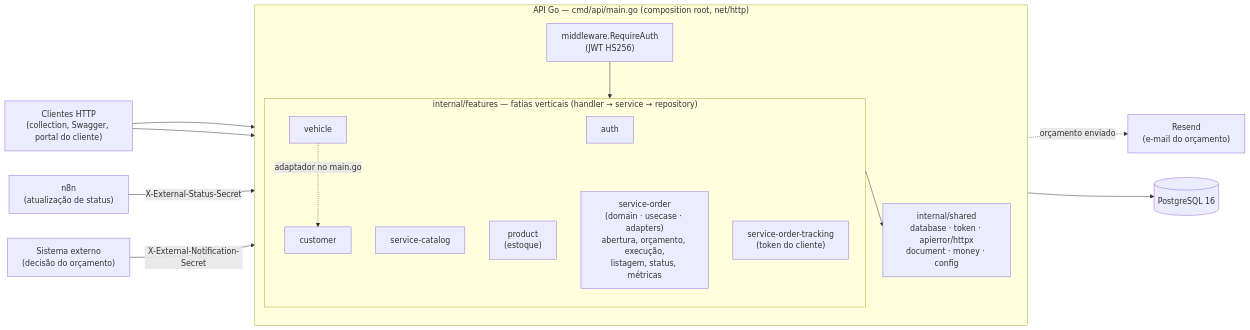
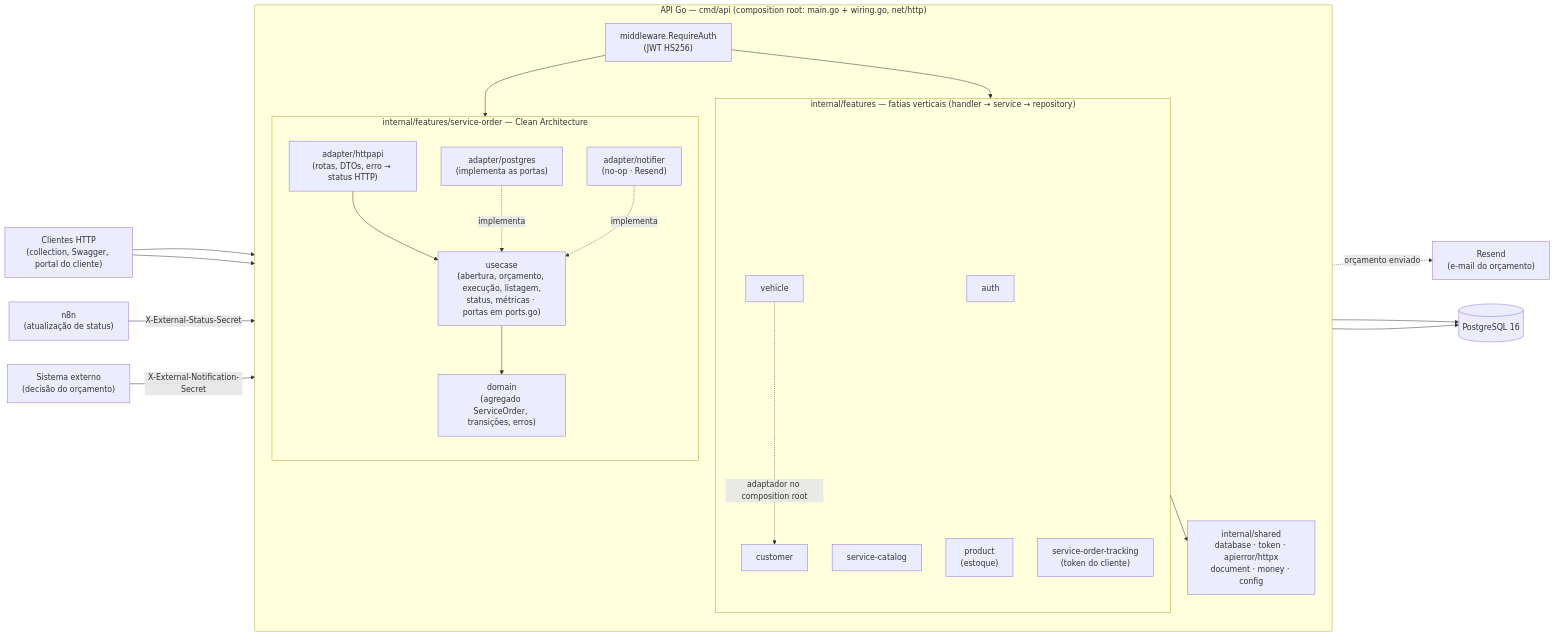
One commit to Os-Fiapudos/automotive-workshop-api changed the first of 3 diagrams in README.md. Above: the diagram before and after it, drawn with Mermaid. The commit also changed other lines of this file and 8 other files, not shown here.

````diff
--- a/README.md
+++ b/README.md
@@ -122,32 +123,45 @@
 ```mermaid
 flowchart LR
     client["Clientes HTTP<br/>(collection, Swagger, portal do cliente)"]
     n8n["n8n<br/>(atualização de status)"]
     ext["Sistema externo<br/>(decisão do orçamento)"]
     resend["Resend<br/>(e-mail do orçamento)"]
 
-    subgraph api["API Go — cmd/api/main.go (composition root, net/http)"]
+    subgraph api["API Go — cmd/api (composition root: main.go + wiring.go, net/http)"]
         direction TB
         mw["middleware.RequireAuth<br/>(JWT HS256)"]
-        subgraph features["internal/features — fatias verticais (handler → service → repository)"]
+        subgraph slices["internal/features — fatias verticais (handler → service → repository)"]
             auth["auth"]
             customer["customer"]
             vehicle["vehicle"]
             catalog["service-catalog"]
             product["product<br/>(estoque)"]
-            order["service-order<br/>(domain · usecase · adapters)<br/>abertura, orçamento, execução,<br/>listagem, status, métricas"]
             tracking["service-order-tracking<br/>(token do cliente)"]
+        end
+        subgraph order["internal/features/service-order — Clean Architecture"]
+            direction TB
+            httpapi["adapter/httpapi<br/>(rotas, DTOs, erro → status HTTP)"]
+            usecase["usecase<br/>(abertura, orçamento, execução, listagem,<br/>status, métricas · portas em ports.go)"]
+            domain["domain<br/>(agregado ServiceOrder, transições, erros)"]
+            pgadapter["adapter/postgres<br/>(implementa as portas)"]
+            notifier["adapter/notifier<br/>(no-op · Resend)"]
+            httpapi --> usecase --> domain
+            pgadapter -. "implementa" .-> usecase
+            notifier -. "implementa" .-> usecase
         end
         shared["internal/shared<br/>database · token · apierror/httpx<br/>document · money · config"]
     end
 
     db[("PostgreSQL 16")]
 
-    client --> mw --> features
+    client --> mw --> slices
+    mw --> httpapi
     client --> tracking
-    n8n -- "X-External-Status-Secret" --> order
-    ext -- "X-External-Notification-Secret" --> order
-    order -. "orçamento enviado" .-> resend
-    vehicle -. "adaptador no main.go" .-> customer
-    features --> shared --> db
+    n8n -- "X-External-Status-Secret" --> httpapi
+    ext -- "X-External-Notification-Secret" --> httpapi
+    notifier -. "orçamento enviado" .-> resend
+    vehicle -. "adaptador no composition root" .-> customer
+    slices --> shared
+    pgadapter --> db
+    shared --> db
 ```
````
